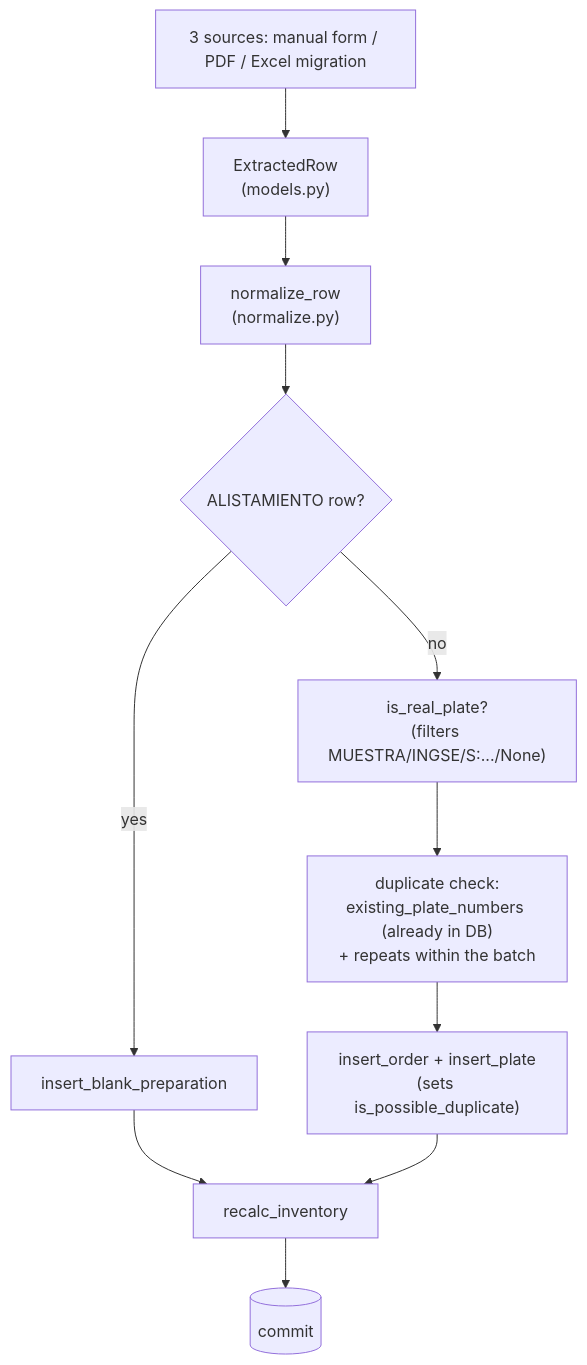
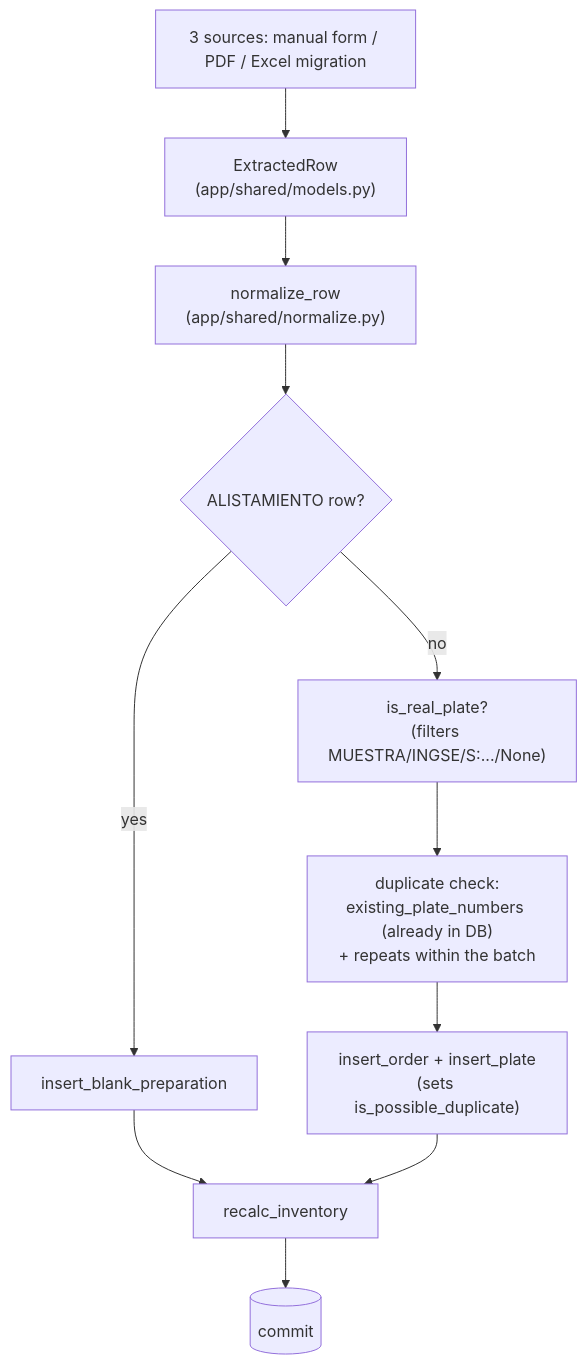
One commit to nickkmm/plates changed the diagram in docs/CORE.md. Above: the diagram before and after it, drawn with Mermaid. The commit also changed other lines of this file and 8 other files, not shown here.

Commit message:
Point the docs at app/shared

````diff
--- a/docs/CORE.md
+++ b/docs/CORE.md
@@ -11,13 +16,13 @@
 ```mermaid
 flowchart TD
-    A["3 sources: manual form / PDF / Excel migration"] --> B["ExtractedRow<br/>(models.py)"]
-    B --> C["normalize_row<br/>(normalize.py)"]
+    A["3 sources: manual form / PDF / Excel migration"] --> B["ExtractedRow<br/>(app/shared/models.py)"]
+    B --> C["normalize_row<br/>(app/shared/normalize.py)"]
     C --> D{"ALISTAMIENTO row?"}
     D -- yes --> E[insert_blank_preparation]
     D -- no --> F["is_real_plate?<br/>(filters MUESTRA/INGSE/S:.../None)"]
     F --> G["duplicate check:<br/>existing_plate_numbers (already in DB)<br/>+ repeats within the batch"]
     G --> H["insert_order + insert_plate<br/>(sets is_possible_duplicate)"]
     E --> I[recalc_inventory]
     H --> I
     I --> J[(commit)]
 ```
````
